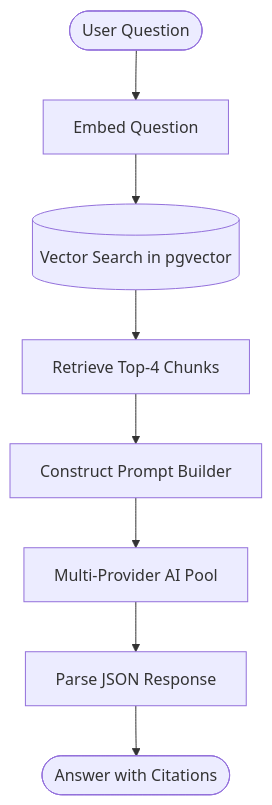
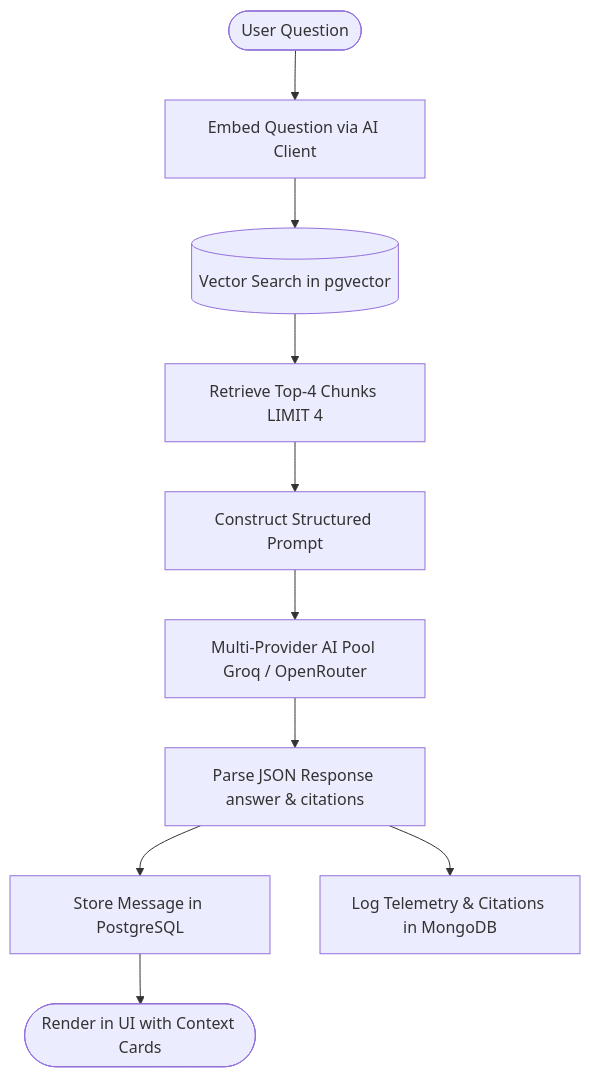
The diagram in docs/AAD.md (blxckpxnther46/rag99), drawn with Mermaid before and after one commit. The commit also changed other lines of this file and 18 other files, not shown here.

Commit message:
feat: implement polyglot persistence (PostgreSQL + MongoDB), update docs, and prep for deployment

````diff
--- a/docs/AAD.md
+++ b/docs/AAD.md
@@ -9,10 +9,12 @@
 ```mermaid
 flowchart TD
-    User([User Question]) --> C[Embed Question]
+    User([User Question]) --> C[Embed Question via AI Client]
     C --> D[(Vector Search in pgvector)]
-    D --> E[Retrieve Top-4 Chunks]
-    E --> F[Construct Prompt Builder]
-    F --> G[Multi-Provider AI Pool]
-    G --> H[Parse JSON Response]
-    H --> I([Answer with Citations])
+    D --> E[Retrieve Top-4 Chunks LIMIT 4]
+    E --> F[Construct Structured Prompt]
+    F --> G[Multi-Provider AI Pool Groq / OpenRouter]
+    G --> H[Parse JSON Response answer & citations]
+    H --> I[Store Message in PostgreSQL]
+    H --> J[Log Telemetry & Citations in MongoDB]
+    I --> K([Render in UI with Context Cards])
 ```
````
